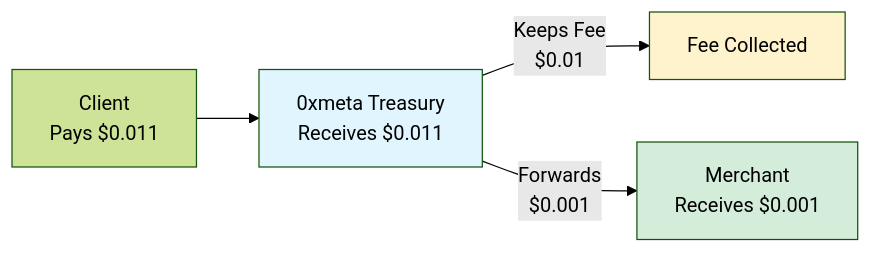
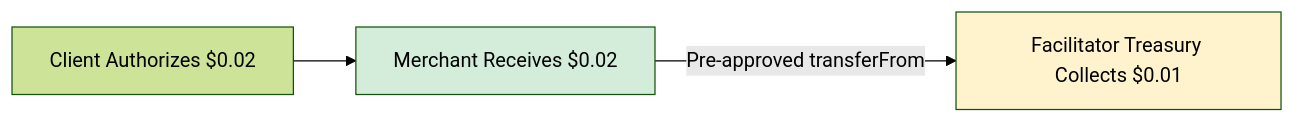
The diagram in pricing.mdx (cascadingGeek/docs), drawn with Mermaid (forest theme) before and after one commit. The commit also changed other lines of this file and 9 other files, not shown here.

Commit message:
--fix: update docs to reflect new payment flow

````diff
--- a/pricing.mdx
+++ b/pricing.mdx
@@ -80,10 +84,8 @@
 ```mermaid
 flowchart LR
-    Client[Client<br/>Pays $0.011] --> Treasury[0xmeta Treasury<br/>Receives $0.011]
-    Treasury --> |Keeps Fee<br/>$0.01| Fee[Fee Collected]
-    Treasury --> |Forwards<br/>$0.001| Merchant[Merchant<br/>Receives $0.001]
+    Client[Client Authorizes $0.02] --> Merchant[Merchant Receives $0.02]
+    Merchant --> |Pre-approved transferFrom| Treasury[Facilitator Treasury Collects $0.01]
     
-    style Treasury fill:#e1f5ff
-    style Fee fill:#fff3cd
     style Merchant fill:#d4edda
+    style Treasury fill:#fff3cd
 ```
````
